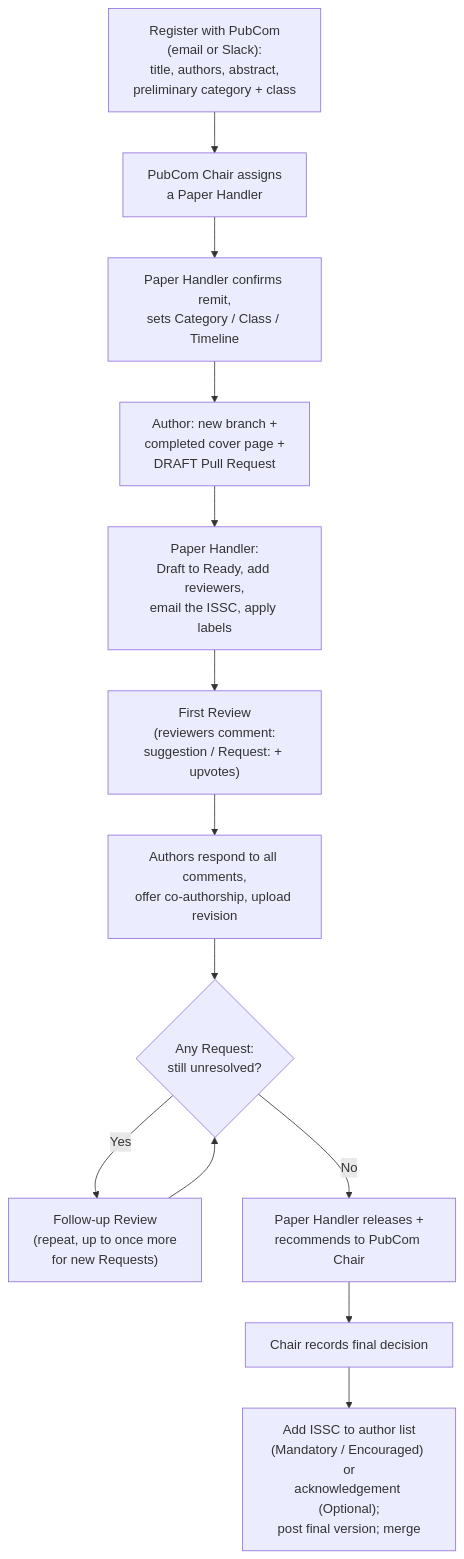
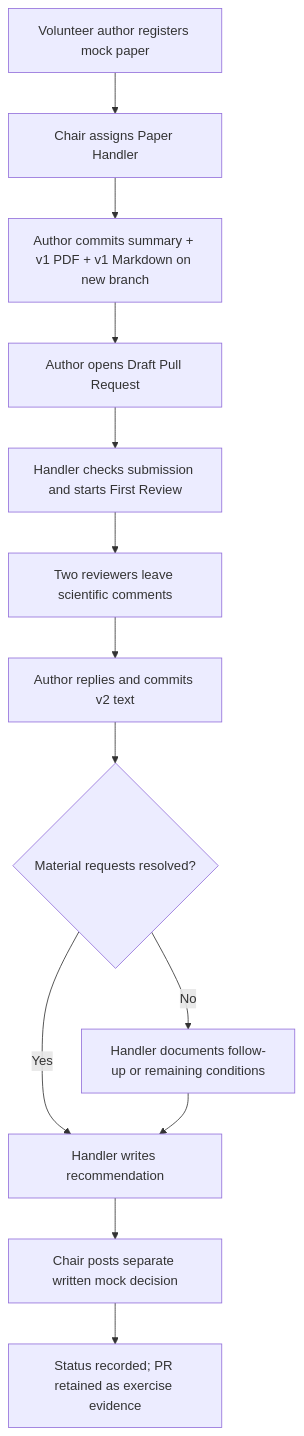
Before and after one commit to lionandjelka/pubcom-sandbox-test: the diagram in README.md, drawn with Mermaid. The commit also changed other lines of this file, not shown here.

First line of the commit message:
Revise README for LSST ISSC Publication Committee

````diff
--- a/README.md
+++ b/README.md
@@ -15,15 +21,15 @@
 ```mermaid
 flowchart TD
-    A["Register with PubCom<br/>(email or Slack):<br/>title, authors, abstract,<br/>preliminary category + class"] --> B["PubCom Chair assigns<br/>a Paper Handler"]
-    B --> C["Paper Handler confirms remit,<br/>sets Category / Class / Timeline"]
-    C --> D["Author: new branch +<br/>completed cover page +<br/>DRAFT Pull Request"]
-    D --> E["Paper Handler:<br/>Draft to Ready, add reviewers,<br/>email the ISSC, apply labels"]
-    E --> F["First Review<br/>(reviewers comment:<br/>suggestion / Request: + upvotes)"]
-    F --> G["Authors respond to all comments,<br/>offer co-authorship, upload revision"]
-    G --> H{"Any Request:<br/>still unresolved?"}
-    H -->|Yes| I["Follow-up Review<br/>(repeat, up to once more<br/>for new Requests)"]
-    I --> H
-    H -->|No| J["Paper Handler releases +<br/>recommends to PubCom Chair"]
-    J --> K["Chair records final decision"]
-    K --> L["Add ISSC to author list<br/>(Mandatory / Encouraged) or<br/>acknowledgement (Optional);<br/>post final version; merge"]
+    A[Volunteer author registers mock paper] --> B[Chair assigns Paper Handler]
+    B --> C[Author commits summary + v1 PDF + v1 Markdown on new branch]
+    C --> D[Author opens Draft Pull Request]
+    D --> E[Handler checks submission and starts First Review]
+    E --> F[Two reviewers leave scientific comments]
+    F --> G[Author replies and commits v2 text]
+    G --> H{Material requests resolved?}
+    H -->|No| I[Handler documents follow-up or remaining conditions]
+    H -->|Yes| J[Handler writes recommendation]
+    I --> J
+    J --> K[Chair posts separate written mock decision]
+    K --> L[Status recorded; PR retained as exercise evidence]
 ```
````
